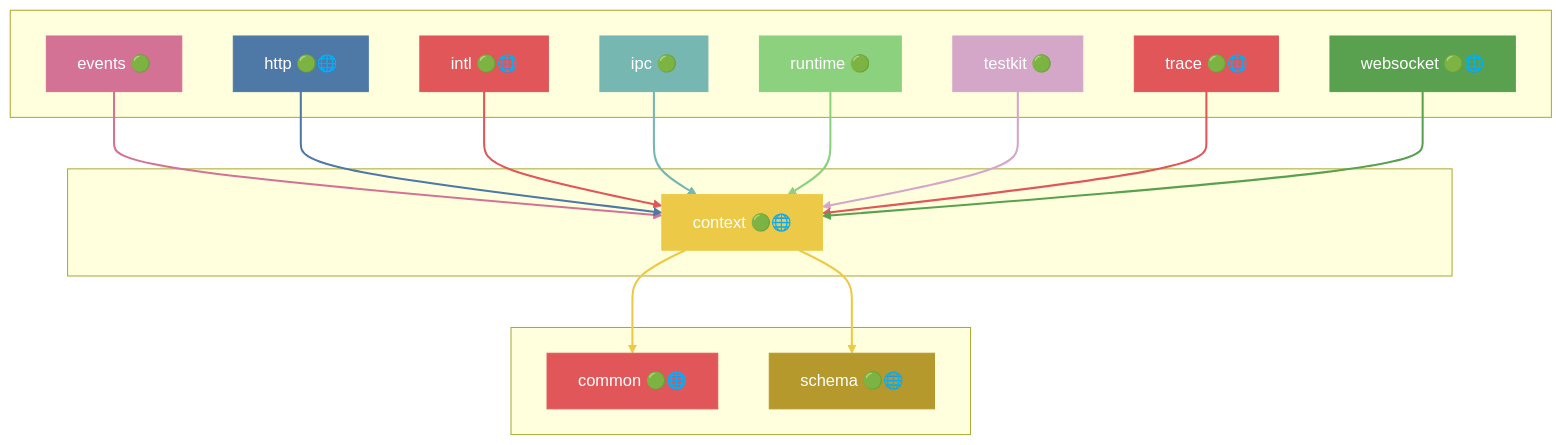
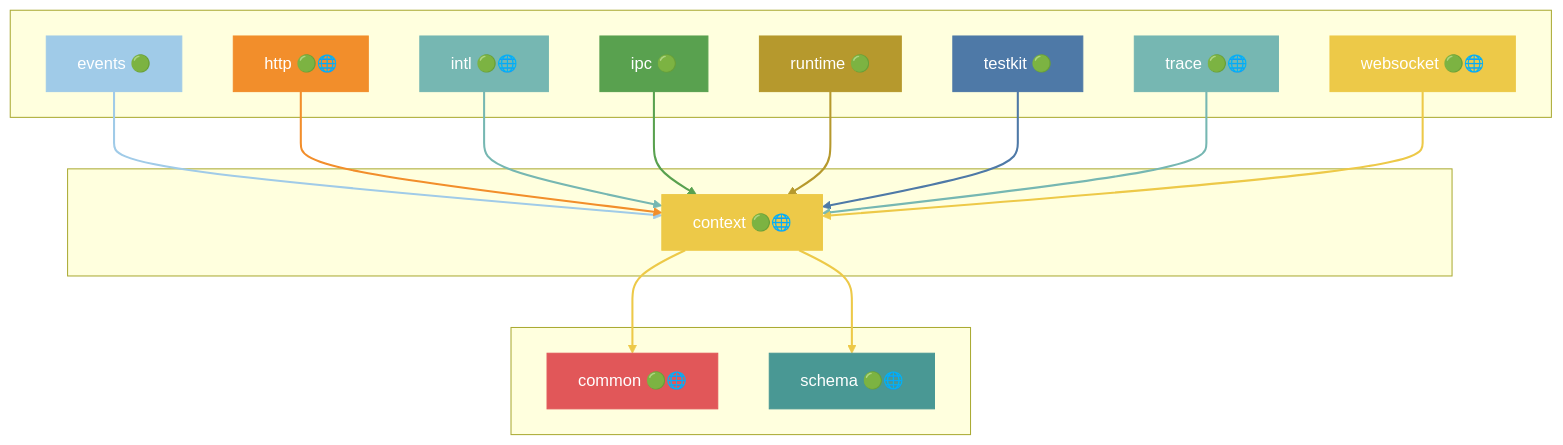
Before and after one commit to grest-ts/grest-ts: the seventh of 43 diagrams in docs/DEPENDENCIES.md, drawn with Mermaid. The commit also changed other lines of this file and 14 other files, not shown here.

````diff
--- a/docs/DEPENDENCIES.md
+++ b/docs/DEPENDENCIES.md
@@ -571,51 +585,51 @@
 ```mermaid
 flowchart TB
     subgraph Dependents[" "]
         events["events 🟢"]
         http["http 🟢🌐"]
         intl["intl 🟢🌐"]
         ipc["ipc 🟢"]
         runtime["runtime 🟢"]
         testkit["testkit 🟢"]
         trace["trace 🟢🌐"]
         websocket["websocket 🟢🌐"]
     end
     subgraph Package[" "]
         context["context 🟢🌐"]
     end
     subgraph Dependencies[" "]
         common["common 🟢🌐"]
         schema["schema 🟢🌐"]
     end
     events --> context
     http --> context
     intl --> context
     ipc --> context
     runtime --> context
     testkit --> context
     trace --> context
     websocket --> context
     context --> common
     context --> schema
     style context fill:#EDC948,stroke:#EDC948,color:#fff
-    style events fill:#D37295,stroke:#D37295,color:#fff
-    style http fill:#4E79A7,stroke:#4E79A7,color:#fff
-    style intl fill:#E15759,stroke:#E15759,color:#fff
-    style ipc fill:#76B7B2,stroke:#76B7B2,color:#fff
-    style runtime fill:#8CD17D,stroke:#8CD17D,color:#fff
-    style testkit fill:#D4A6C8,stroke:#D4A6C8,color:#fff
-    style trace fill:#E15759,stroke:#E15759,color:#fff
-    style websocket fill:#59A14F,stroke:#59A14F,color:#fff
+    style events fill:#A0CBE8,stroke:#A0CBE8,color:#fff
+    style http fill:#F28E2B,stroke:#F28E2B,color:#fff
+    style intl fill:#76B7B2,stroke:#76B7B2,color:#fff
+    style ipc fill:#59A14F,stroke:#59A14F,color:#fff
+    style runtime fill:#B6992D,stroke:#B6992D,color:#fff
+    style testkit fill:#4E79A7,stroke:#4E79A7,color:#fff
+    style trace fill:#76B7B2,stroke:#76B7B2,color:#fff
+    style websocket fill:#EDC948,stroke:#EDC948,color:#fff
     style common fill:#E15759,stroke:#E15759,color:#fff
-    style schema fill:#B6992D,stroke:#B6992D,color:#fff
-    linkStyle 0 stroke:#D37295,stroke-width:2px
-    linkStyle 1 stroke:#4E79A7,stroke-width:2px
-    linkStyle 2 stroke:#E15759,stroke-width:2px
-    linkStyle 3 stroke:#76B7B2,stroke-width:2px
-    linkStyle 4 stroke:#8CD17D,stroke-width:2px
-    linkStyle 5 stroke:#D4A6C8,stroke-width:2px
-    linkStyle 6 stroke:#E15759,stroke-width:2px
-    linkStyle 7 stroke:#59A14F,stroke-width:2px
+    style schema fill:#499894,stroke:#499894,color:#fff
+    linkStyle 0 stroke:#A0CBE8,stroke-width:2px
+    linkStyle 1 stroke:#F28E2B,stroke-width:2px
+    linkStyle 2 stroke:#76B7B2,stroke-width:2px
+    linkStyle 3 stroke:#59A14F,stroke-width:2px
+    linkStyle 4 stroke:#B6992D,stroke-width:2px
+    linkStyle 5 stroke:#4E79A7,stroke-width:2px
+    linkStyle 6 stroke:#76B7B2,stroke-width:2px
+    linkStyle 7 stroke:#EDC948,stroke-width:2px
     linkStyle 8 stroke:#EDC948,stroke-width:2px
     linkStyle 9 stroke:#EDC948,stroke-width:2px
 ```
````
